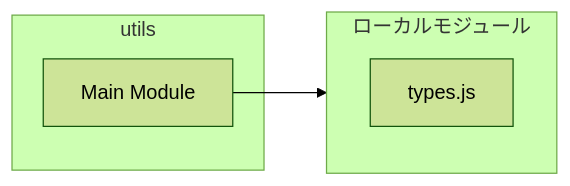
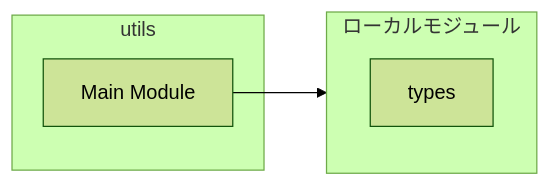
One commit to Mekann2904/mekann changed the first of 3 diagrams in ABDD/.pi/lib/embeddings/utils.md. Above: the diagram before and after it, drawn with Mermaid (forest theme). The commit also changed other lines of this file and 174 other files, not shown here.

First line of the commit message:
fix(docs): ABDDのMermaid図生成エラーを修正する

````diff
--- a/ABDD/.pi/lib/embeddings/utils.md
+++ b/ABDD/.pi/lib/embeddings/utils.md
@@ -44,10 +44,10 @@
 ```mermaid
 flowchart LR
   subgraph this[utils]
     main[Main Module]
   end
   subgraph local[ローカルモジュール]
-    types_js["types.js"]
+    types["types"]
   end
   main --> local
 ```
````
